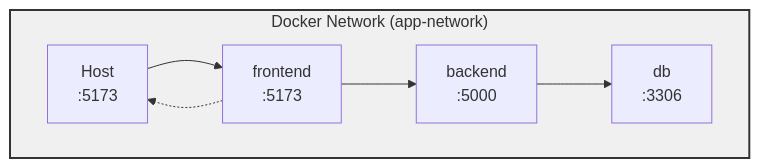
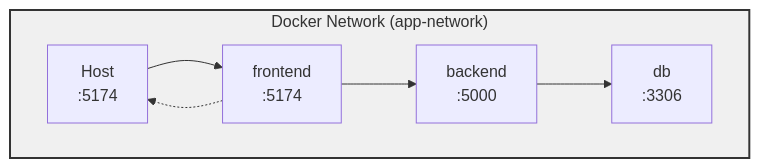
One commit to TomokiIshimine/fullstack-app-with-claude changed the second of 4 diagrams in docs/01_system-architecture.md. Above: the diagram before and after it, drawn with Mermaid. The commit also changed other lines of this file and 16 other files, not shown here.

````diff
--- a/docs/01_system-architecture.md
+++ b/docs/01_system-architecture.md
@@ -310,18 +310,18 @@
 ```mermaid
 graph TB
-    Host["Host<br/>:5173"]
+    Host["Host<br/>:5174"]
 
     subgraph Docker["Docker Network (app-network)"]
-        Frontend["frontend<br/>:5173"]
+        Frontend["frontend<br/>:5174"]
         Backend["backend<br/>:5000"]
         DB["db<br/>:3306"]
 
         Frontend --> Backend
         Backend --> DB
         Frontend -.-> Host
     end
 
     Host --> Frontend
 
     style Docker fill:#f0f0f0,stroke:#333,stroke-width:2px
 ```
````
